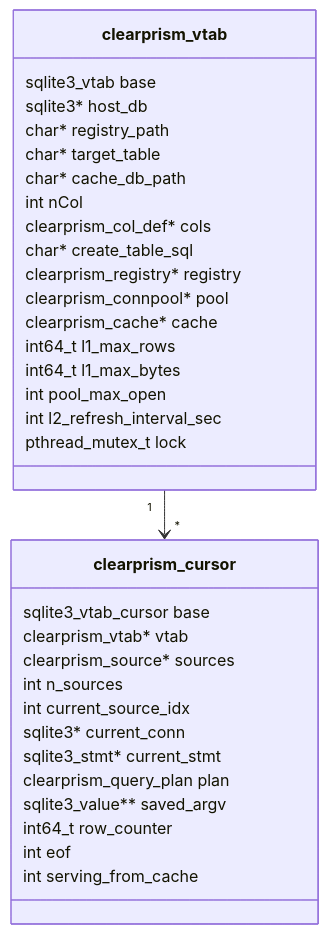
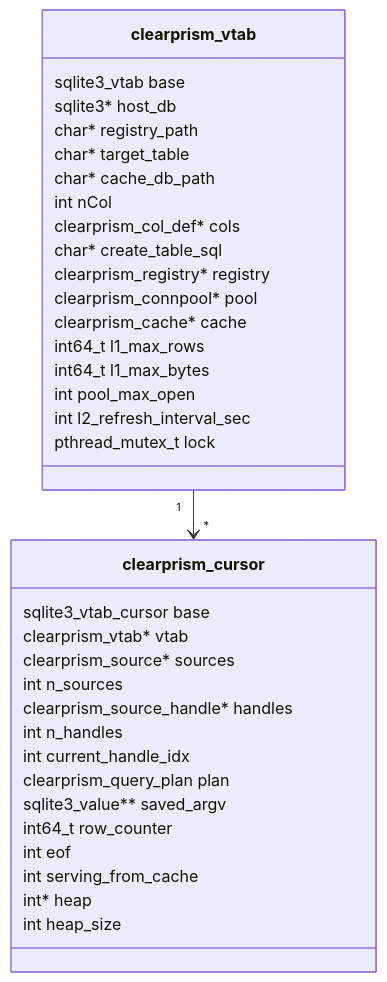
One commit to alexandernicholson/clearprism changed the third of 7 diagrams in docs/architecture.md. Above: the diagram before and after it, drawn with Mermaid. The commit also changed other lines of this file and 16 other files, not shown here.

````diff
--- a/docs/architecture.md
+++ b/docs/architecture.md
@@ -58,36 +58,38 @@
 ```mermaid
 classDiagram
     class clearprism_vtab {
         sqlite3_vtab base
         sqlite3* host_db
         char* registry_path
         char* target_table
         char* cache_db_path
         int nCol
         clearprism_col_def* cols
         char* create_table_sql
         clearprism_registry* registry
         clearprism_connpool* pool
         clearprism_cache* cache
         int64_t l1_max_rows
         int64_t l1_max_bytes
         int pool_max_open
         int l2_refresh_interval_sec
         pthread_mutex_t lock
     }
     class clearprism_cursor {
         sqlite3_vtab_cursor base
         clearprism_vtab* vtab
         clearprism_source* sources
         int n_sources
-        int current_source_idx
-        sqlite3* current_conn
-        sqlite3_stmt* current_stmt
+        clearprism_source_handle* handles
+        int n_handles
+        int current_handle_idx
         clearprism_query_plan plan
         sqlite3_value** saved_argv
         int64_t row_counter
         int eof
         int serving_from_cache
+        int* heap
+        int heap_size
     }
     clearprism_vtab "1" --> "*" clearprism_cursor
 ```
````
